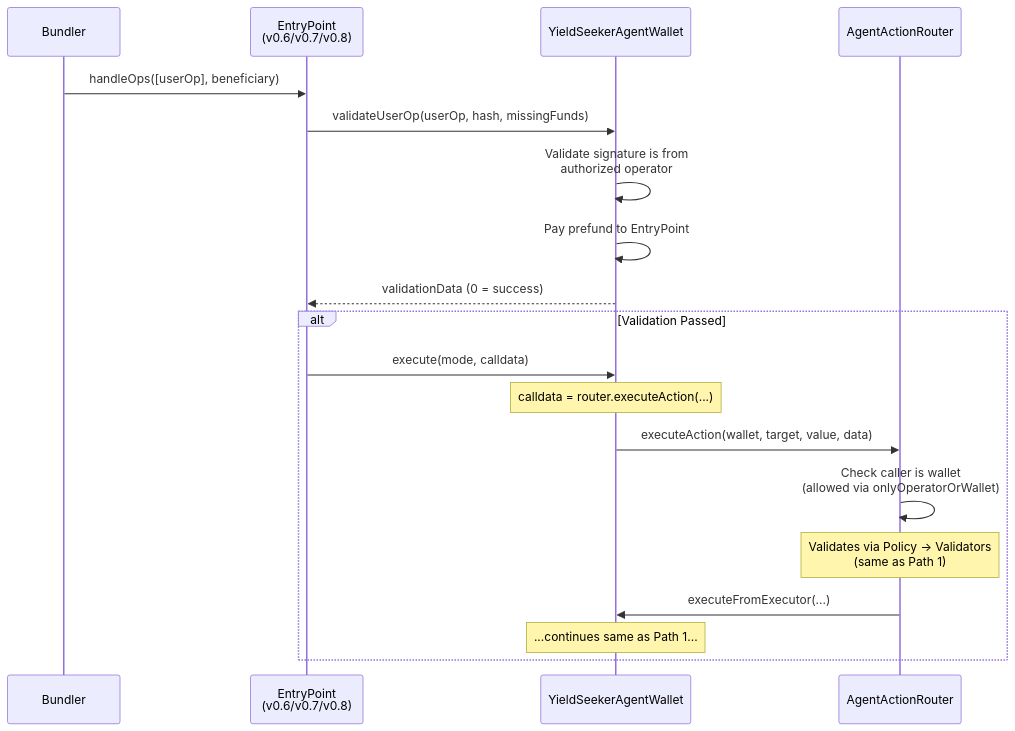
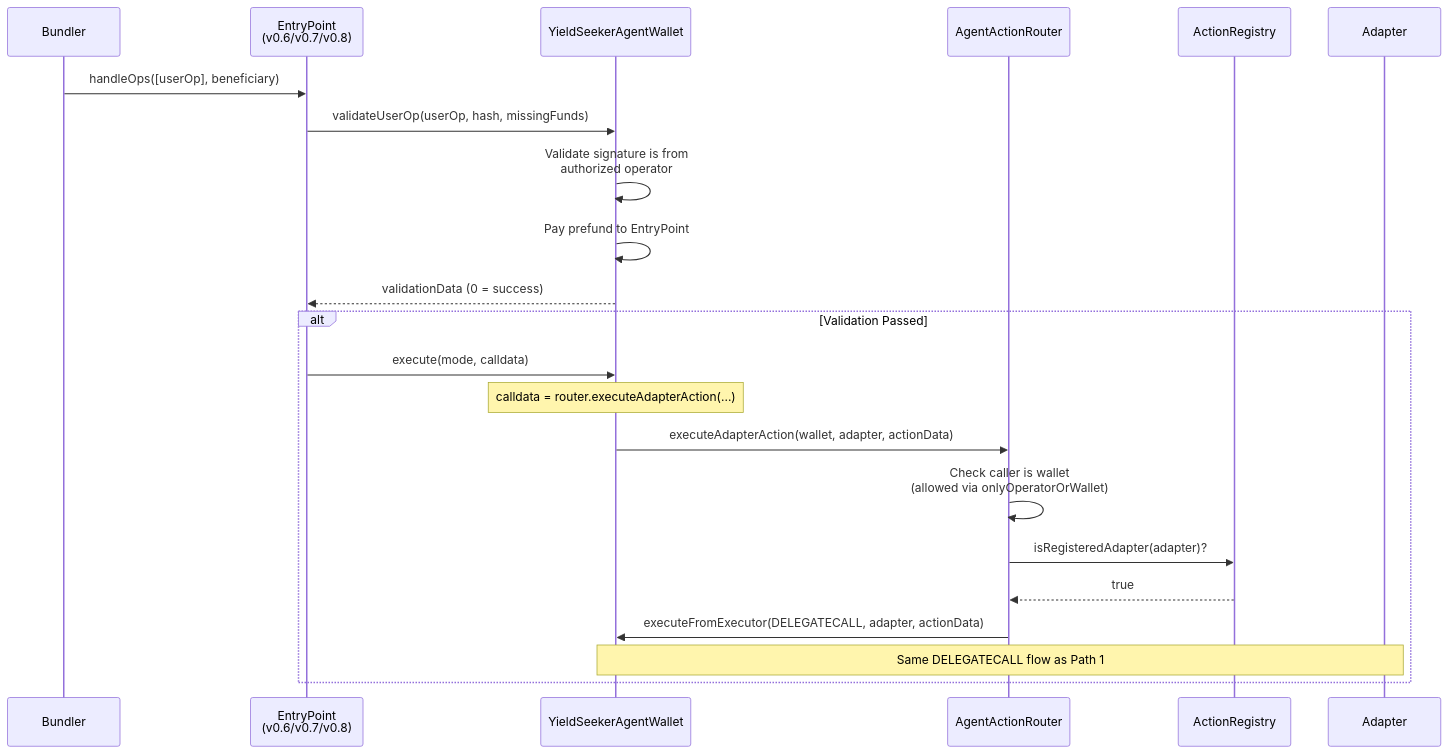
Before and after one commit to tokenpage/yieldseeker-contracts: the third of 8 diagrams in blockchain3/README.md, drawn with Mermaid. The commit also changed other lines of this file and 39 other files, not shown here.

````diff
--- a/blockchain3/README.md
+++ b/blockchain3/README.md
@@ -149,23 +154,26 @@
 ```mermaid
 sequenceDiagram
     participant Bundler
     participant EP as EntryPoint<br/>(v0.6/v0.7/v0.8)
     participant Wallet as YieldSeekerAgentWallet
     participant Router as AgentActionRouter
+    participant Registry as ActionRegistry
+    participant Adapter as Adapter
 
     Bundler->>EP: handleOps([userOp], beneficiary)
     EP->>Wallet: validateUserOp(userOp, hash, missingFunds)
     Wallet->>Wallet: Validate signature is from<br/>authorized operator
     Wallet->>Wallet: Pay prefund to EntryPoint
     Wallet-->>EP: validationData (0 = success)
 
     alt Validation Passed
         EP->>Wallet: execute(mode, calldata)
-        Note over Wallet: calldata = router.executeAction(...)
-        Wallet->>Router: executeAction(wallet, target, value, data)
+        Note over Wallet: calldata = router.executeAdapterAction(...)
+        Wallet->>Router: executeAdapterAction(wallet, adapter, actionData)
         Router->>Router: Check caller is wallet<br/>(allowed via onlyOperatorOrWallet)
-        Note over Router: Validates via Policy → Validators<br/>(same as Path 1)
-        Router->>Wallet: executeFromExecutor(...)
-        Note over Wallet: ...continues same as Path 1...
+        Router->>Registry: isRegisteredAdapter(adapter)?
+        Registry-->>Router: true
+        Router->>Wallet: executeFromExecutor(DELEGATECALL, adapter, actionData)
+        Note over Wallet,Adapter: Same DELEGATECALL flow as Path 1
     end
 ```
````
